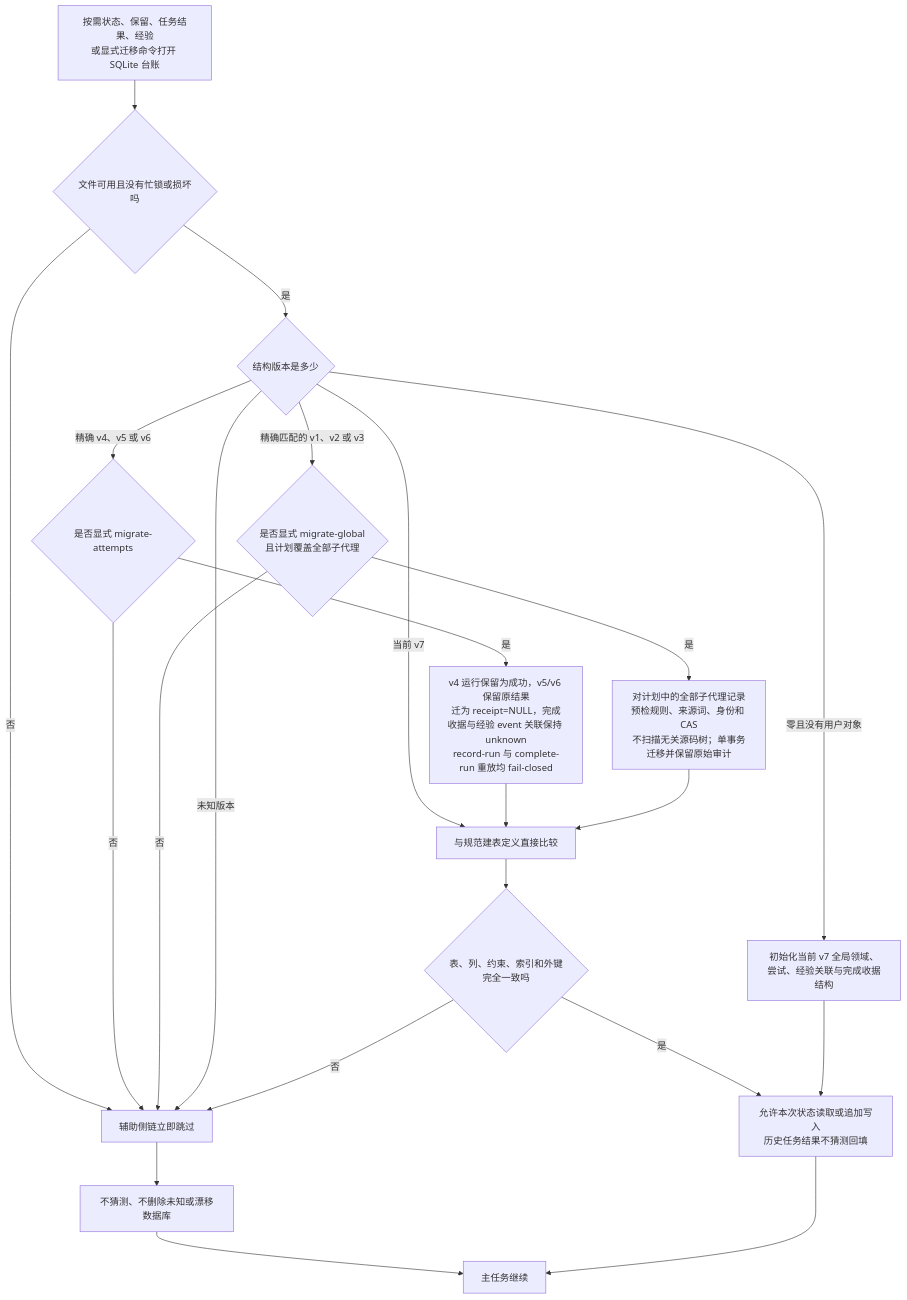
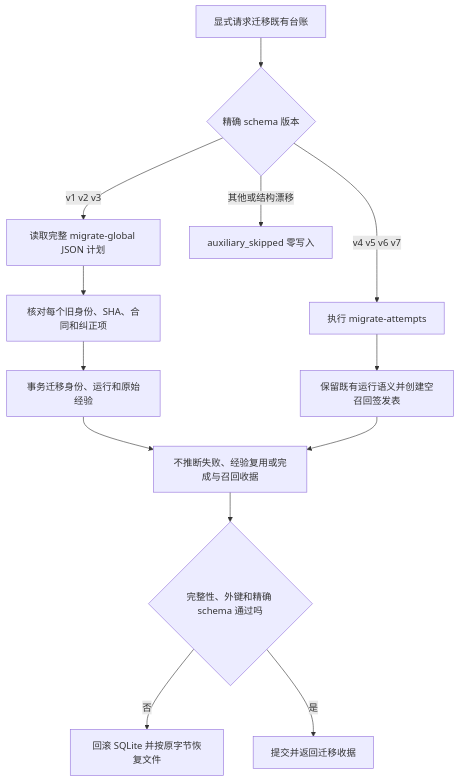
Before and after one commit to Lang45/codex-lean-stack: diagram 15 of 17 in skills/lean-stack/references/flowcharts-zh.md, drawn with Mermaid. The commit also changed other lines of this file and 26 other files, not shown here.

````diff
--- a/skills/lean-stack/references/flowcharts-zh.md
+++ b/skills/lean-stack/references/flowcharts-zh.md
@@ -636,24 +323,15 @@
 ```mermaid
 flowchart TD
-    A[按需状态、保留、任务结果、经验<br/>或显式迁移命令打开 SQLite 台账] --> B{文件可用且没有忙锁或损坏吗}
-    B -->|否| C[辅助侧链立即跳过]
-    B -->|是| D{结构版本是多少}
-    D -->|零且没有用户对象| E[初始化当前 v7 全局领域、尝试、经验关联与完成收据结构]
-    D -->|当前 v7| F[与规范建表定义直接比较]
-    D -->|精确 v4、v5 或 v6| V4{是否显式 migrate-attempts}
-    V4 -->|否| C
-    V4 -->|是| V5[v4 运行保留为成功，v5/v6 保留原结果<br/>迁为 receipt=NULL，完成收据与经验 event 关联保持 unknown<br/>record-run 与 complete-run 重放均 fail-closed]
-    V5 --> F
-    D -->|精确匹配的 v1、v2 或 v3| G{是否显式 migrate-global<br/>且计划覆盖全部子代理}
-    G -->|否| C
-    G -->|是| G2[对计划中的全部子代理记录预检规则、来源词、身份和 CAS<br/>不扫描无关源码树；单事务迁移并保留原始审计]
-    G2 --> F
-    D -->|未知版本| C
-    F --> H{表、列、约束、索引和外键完全一致吗}
-    H -->|是| I[允许本次状态读取或追加写入<br/>历史任务结果不猜测回填]
-    H -->|否| C
-    C --> J[不猜测、不删除未知或漂移数据库]
-    J --> K[主任务继续]
-    E --> I
-    I --> K
+    A[显式请求迁移既有台账] --> B{精确 schema 版本}
+    B -->|v1 v2 v3| C[读取完整 migrate-global JSON 计划]
+    B -->|v4 v5 v6 v7| D[执行 migrate-attempts]
+    B -->|其他或结构漂移| E[auxiliary_skipped 零写入]
+    C --> F[核对每个旧身份、SHA、合同和纠正项]
+    F --> G[事务迁移身份、运行和原始经验]
+    D --> H[保留既有运行语义并创建空召回签发表]
+    G --> I[不推断失败、经验复用或完成与召回收据]
+    H --> I
+    I --> J{完整性、外键和精确 schema 通过吗}
+    J -->|否| K[回滚 SQLite 并按原字节恢复文件]
+    J -->|是| L[提交并返回迁移收据]
 ```
````
